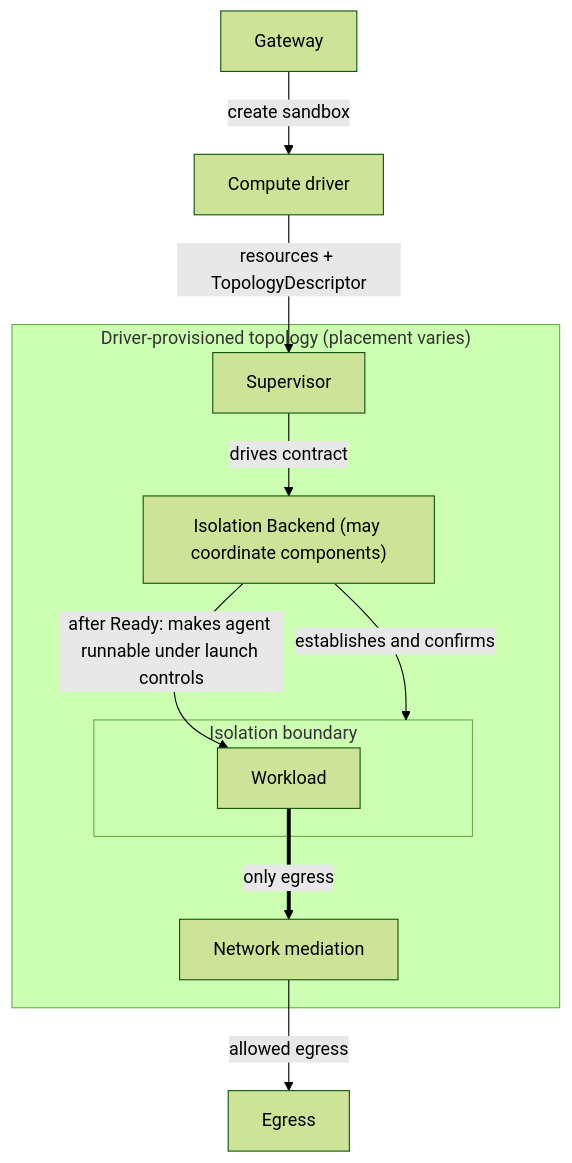
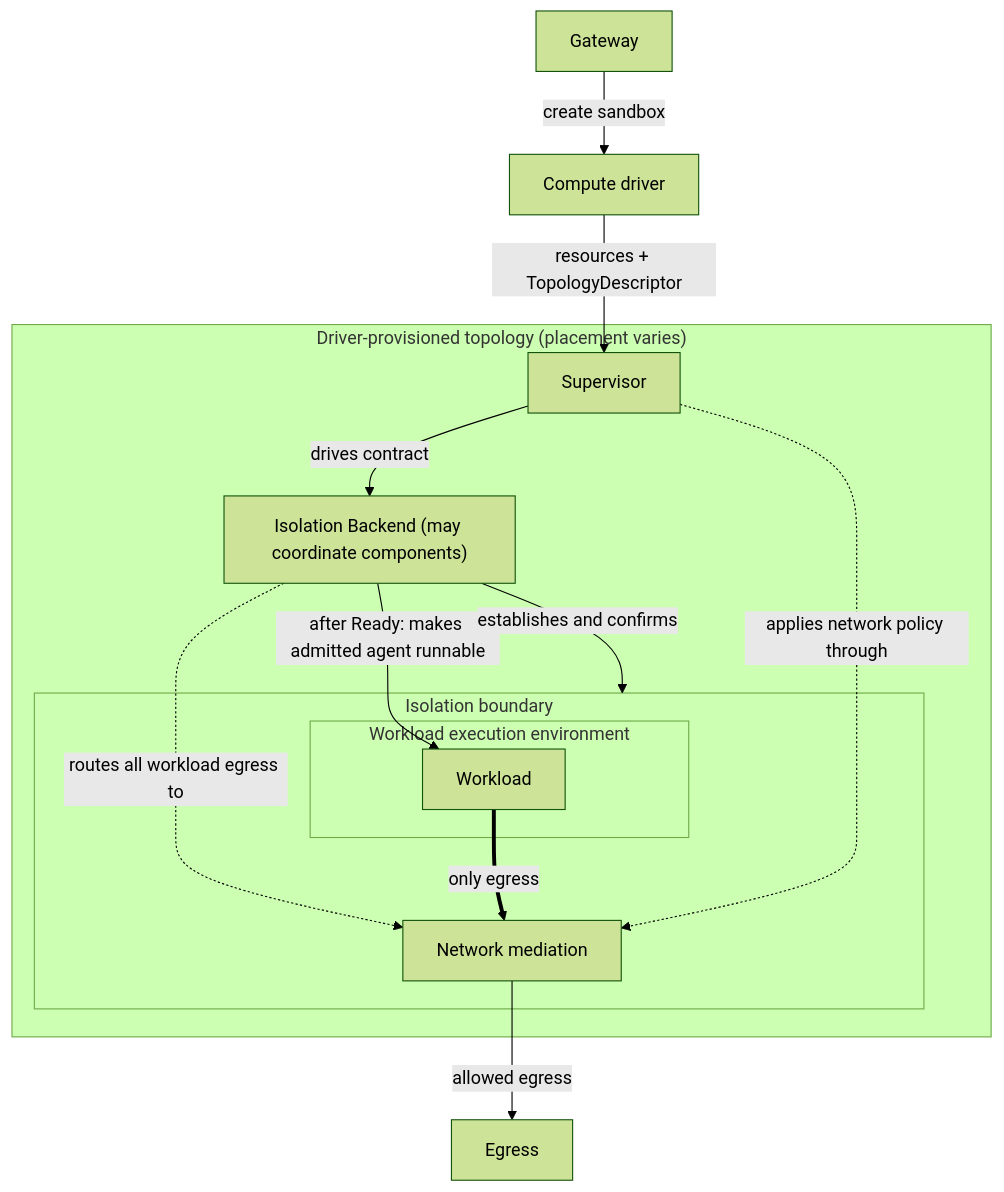
The diagram in rfc/0012-isolation-backend/README.md (NVIDIA/OpenShell), drawn with Mermaid (forest theme) before and after one commit. The commit also changed other lines of this file and 2 other files, not shown here.

````diff
--- a/rfc/0012-isolation-backend/README.md
+++ b/rfc/0012-isolation-backend/README.md
@@ -55,21 +57,25 @@
 ```mermaid
 flowchart TB
     Gateway["Gateway"] -->|"create sandbox"| Driver["Compute driver"]
 
     subgraph Topology["Driver-provisioned topology (placement varies)"]
         Supervisor["Supervisor"]
         Backend["Isolation Backend (may coordinate components)"]
-        Mediator["Network mediation"]
         subgraph Boundary["Isolation boundary"]
-            Workload["Workload"]
+            Mediator["Network mediation"]
+            subgraph Execution["Workload execution environment"]
+                Workload["Workload"]
+            end
         end
 
         Supervisor -->|"drives contract"| Backend
         Backend -->|"establishes and confirms"| Boundary
-        Backend -->|"after Ready: makes agent runnable under launch controls"| Workload
+        Backend -.->|"routes all workload egress to"| Mediator
+        Supervisor -.->|"applies network policy through"| Mediator
+        Backend -->|"after Ready: makes admitted agent runnable"| Workload
         Workload ==>|"only egress"| Mediator
     end
 
     Driver -->|"resources + TopologyDescriptor"| Supervisor
     Mediator -->|"allowed egress"| Egress["Egress"]
 ```
````
